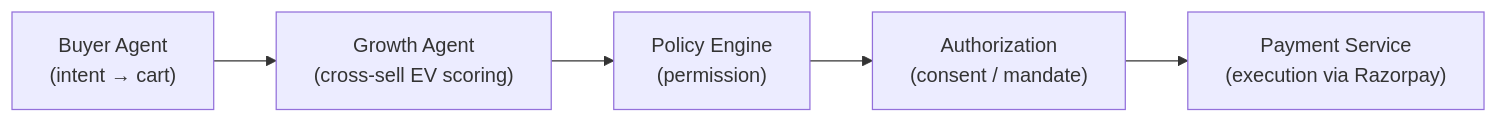
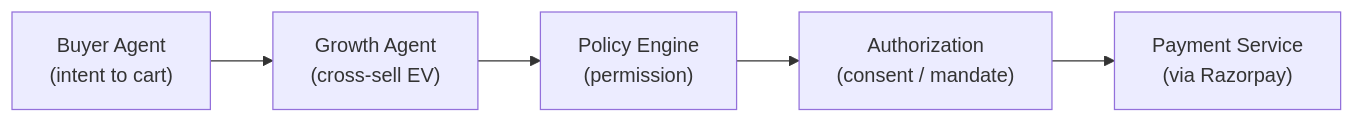
The second of 10 diagrams in files/ARCHITECTURE.md (GarineSaiAjay/commerceos), drawn with Mermaid before and after one commit. The commit also changed other lines of this file, not shown here.

First line of the commit message:
docs(files): fix distorted Mermaid rendering in ARCHITECTURE.md

````diff
--- a/files/ARCHITECTURE.md
+++ b/files/ARCHITECTURE.md
@@ -122,7 +133,7 @@
 ```mermaid
 flowchart LR
-    A["Buyer Agent<br/>(intent → cart)"] --> B["Growth Agent<br/>(cross-sell EV scoring)"]
+    A["Buyer Agent<br/>(intent to cart)"] --> B["Growth Agent<br/>(cross-sell EV)"]
     B --> C["Policy Engine<br/>(permission)"]
     C --> D["Authorization<br/>(consent / mandate)"]
-    D --> E["Payment Service<br/>(execution via Razorpay)"]
+    D --> E["Payment Service<br/>(via Razorpay)"]
 ```
````
